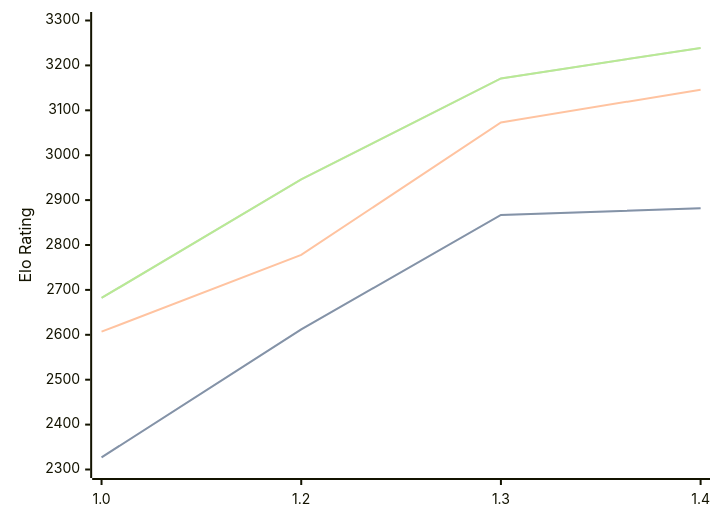
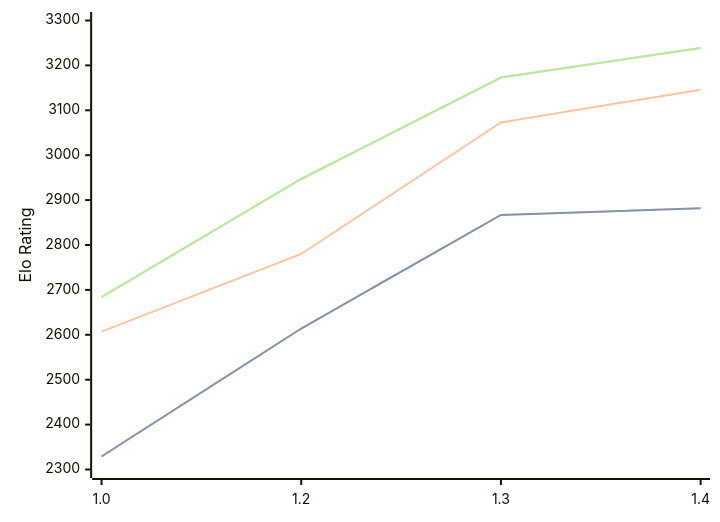
The diagram in engines/Chessnix.md (computer-chess-index/cci), drawn with Mermaid before and after one commit. The commit also changed other lines of this file, not shown here.

Commit message:
Update CCI Ratings (ELO VLTC) - 2026-10-02

````diff
--- a/engines/Chessnix.md
+++ b/engines/Chessnix.md
@@ -34,11 +34,11 @@
 ```mermaid
 %%{init: {"theme":"base","themeVariables":{"seriesColors:['#a3a3a3','#222221','#faa371']}}}%%
 xychart-beta
   x-axis ["1.0", "1.2", "1.3", "1.4"]
   y-axis "Elo Rating" 2300 --> 3300
-  line "" [2327, 2612, 2867, 2882]
-  line "STC (8.0+0.08s)" [2327, 2612, 2867, 2882]
-  line "LTC (60.0+0.60s)" [2607, 2778, 3073, 3146]
-  line "" [2682, 2946, 3171, 3239]
-  line "VLTC (2m24s+1.12s)" [2682, 2946, 3171, 3239]
+  line "" [2329, 2614, 2867, 2882]
+  line "STC (8.0+0.08s)" [2329, 2614, 2867, 2882]
+  line "LTC (60.0+0.60s)" [2607, 2780, 3073, 3146]
+  line "" [2684, 2947, 3173, 3239]
+  line "VLTC (2m24s+1.12s)" [2684, 2947, 3173, 3239]
 ```
````
